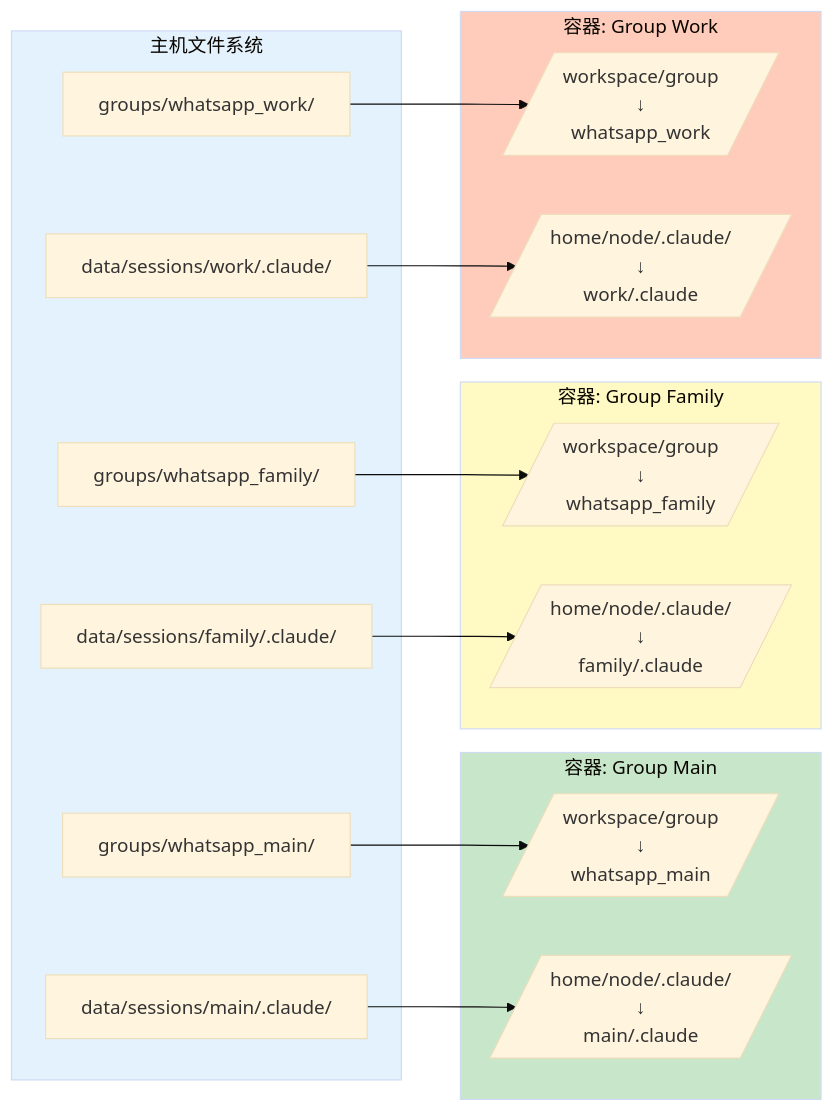
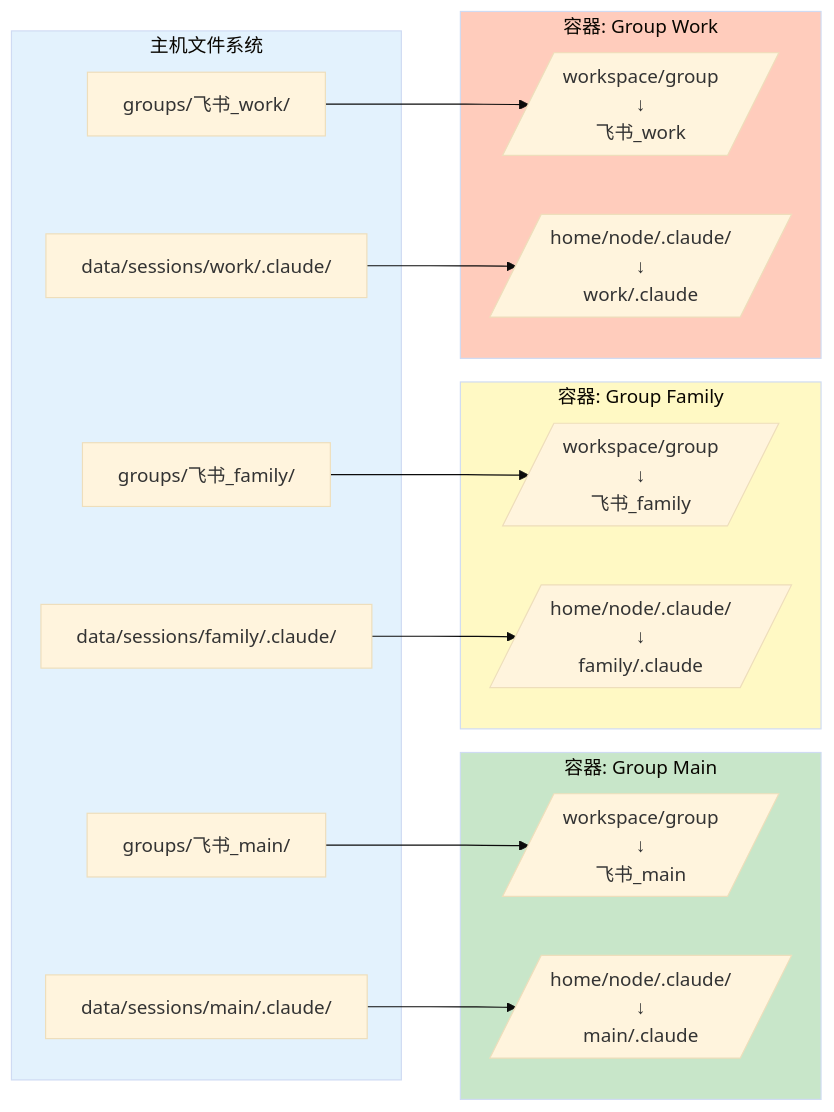
The fourth of 4 diagrams in MULTI_AGENT_ISOLATION.md (xi-qian/workdoc), drawn with Mermaid (base theme) before and after one commit. The commit also changed other lines of this file and 9 other files, not shown here.

````diff
--- a/MULTI_AGENT_ISOLATION.md
+++ b/MULTI_AGENT_ISOLATION.md
@@ -208,40 +208,40 @@
 ```mermaid
 graph LR
     subgraph HOST["主机文件系统"]
-        G1[groups/whatsapp_main/]
-        G2[groups/whatsapp_family/]
-        G3[groups/whatsapp_work/]
+        G1[groups/飞书_main/]
+        G2[groups/飞书_family/]
+        G3[groups/飞书_work/]
 
         S1[data/sessions/main/.claude/]
         S2[data/sessions/family/.claude/]
         S3[data/sessions/work/.claude/]
     end
 
     subgraph C1["容器: Group Main"]
-        M1[/workspace/group<br/>↓<br/>whatsapp_main/]
+        M1[/workspace/group<br/>↓<br/>飞书_main/]
         M2[/home/node/.claude/<br/>↓<br/>main/.claude/]
     end
 
     subgraph C2["容器: Group Family"]
-        M3[/workspace/group<br/>↓<br/>whatsapp_family/]
+        M3[/workspace/group<br/>↓<br/>飞书_family/]
         M4[/home/node/.claude/<br/>↓<br/>family/.claude/]
     end
 
     subgraph C3["容器: Group Work"]
-        M5[/workspace/group<br/>↓<br/>whatsapp_work/]
+        M5[/workspace/group<br/>↓<br/>飞书_work/]
         M6[/home/node/.claude/<br/>↓<br/>work/.claude/]
     end
 
     G1 --> M1
     G2 --> M3
     G3 --> M5
 
     S1 --> M2
     S2 --> M4
     S3 --> M6
 
     style HOST fill:#e3f2fd
     style C1 fill:#c8e6c9
     style C2 fill:#fff9c4
     style C3 fill:#ffccbc
 ```
````
